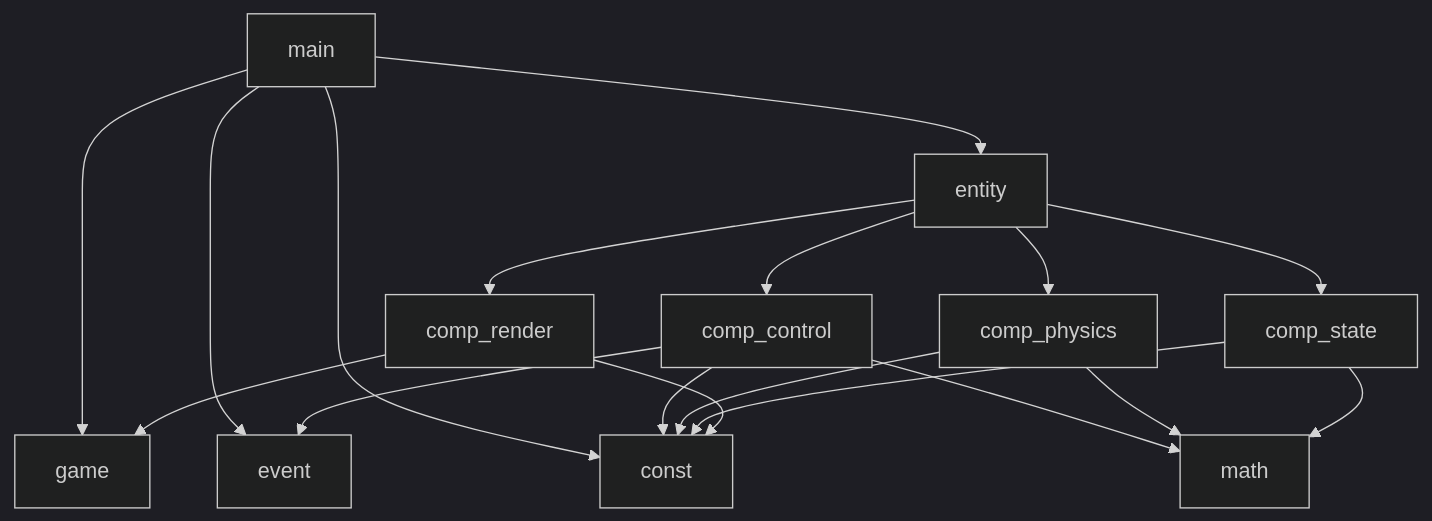
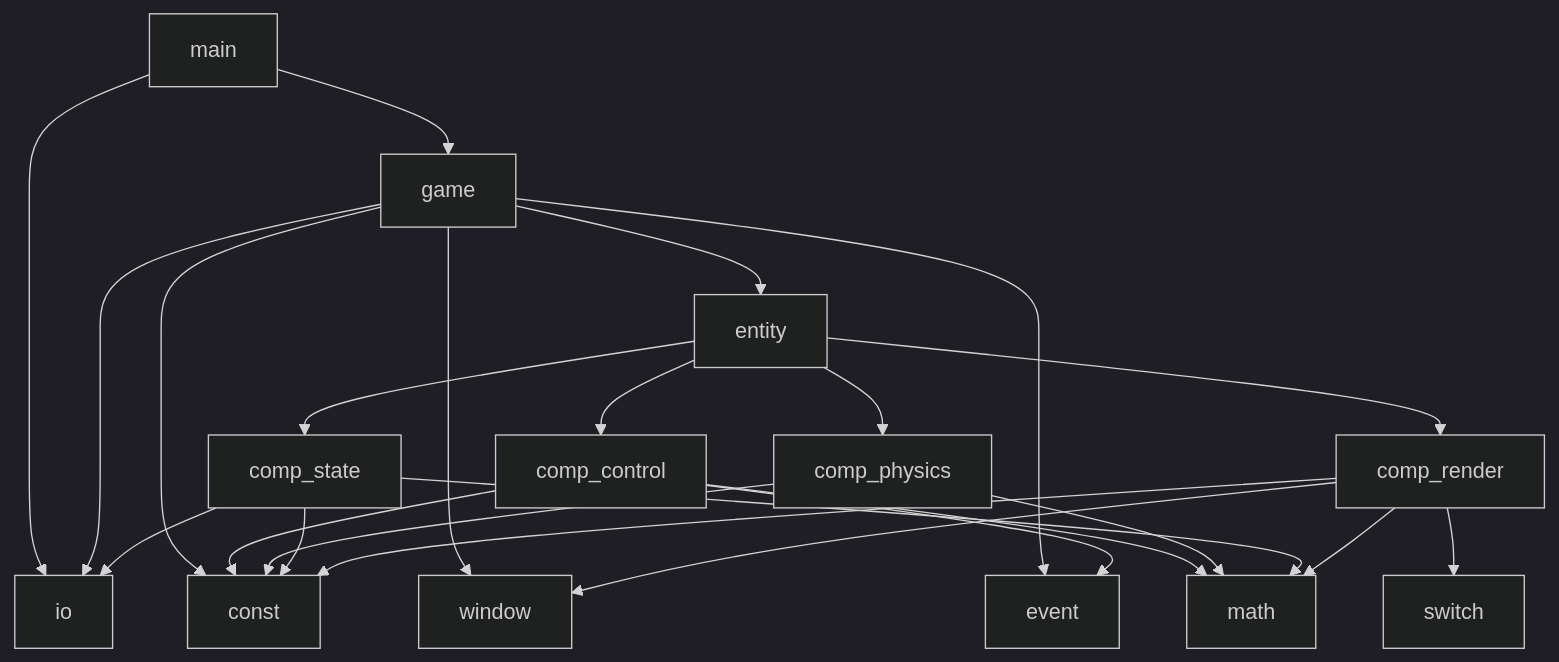
The first of 3 diagrams in README.md (dtldyg/physics-sync-demo), drawn with Mermaid (dark theme) before and after one commit. The commit also changed other lines of this file and 14 other files, not shown here.

````diff
--- a/README.md
+++ b/README.md
@@ -17,25 +19,32 @@
 ```mermaid
 graph TD
+     main --> io
      main --> game
-     main --> event
-     main --> const
-     main --> entity
+
+     game --> const
+     game --> io
+     game --> window
+     game --> event
+     game --> entity
 
      entity --> comp_control
      entity --> comp_physics
      entity --> comp_state
      entity --> comp_render
 
      comp_control --> event
      comp_control --> math
      comp_control --> const
 
      comp_physics --> math
      comp_physics --> const
 
+     comp_state --> io
      comp_state --> math
      comp_state --> const
 
-     comp_render --> game
+     comp_render --> window
+     comp_render --> math
      comp_render --> const
+     comp_render --> switch
 ```
````
